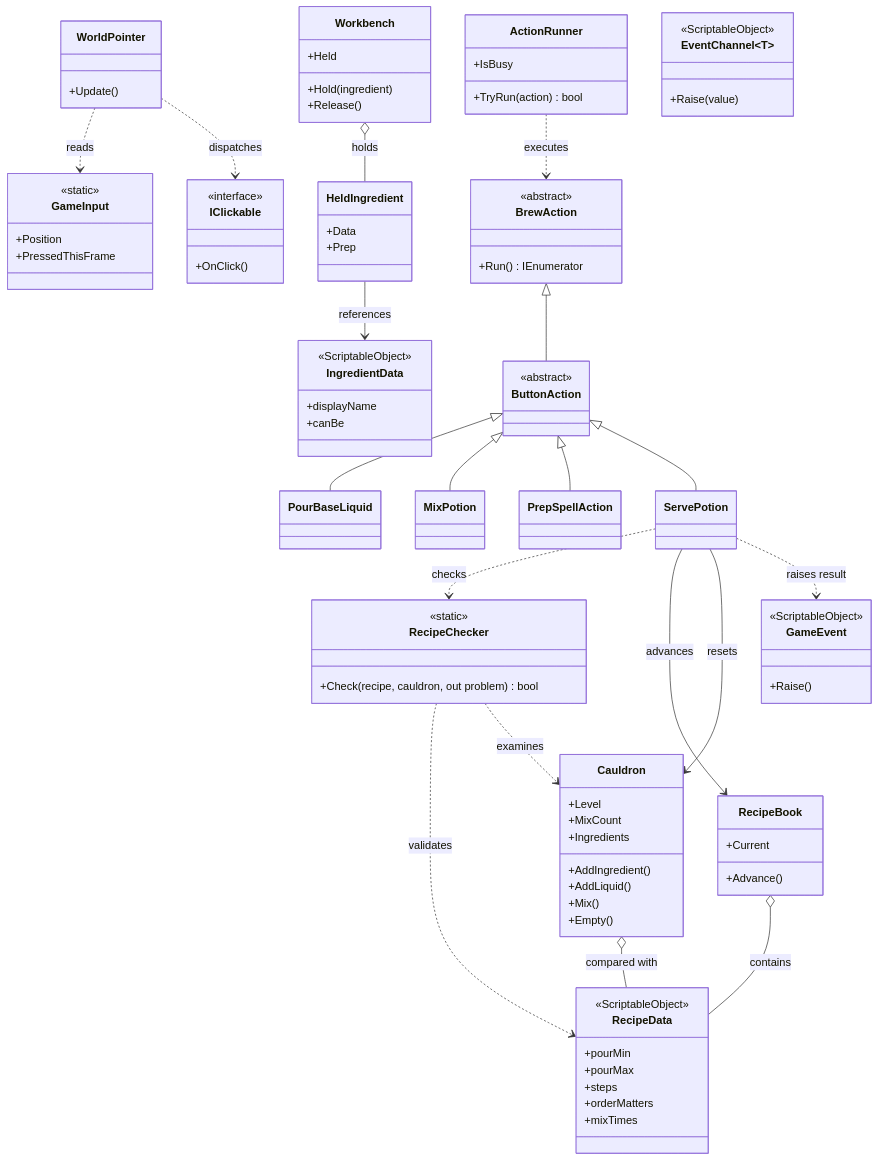
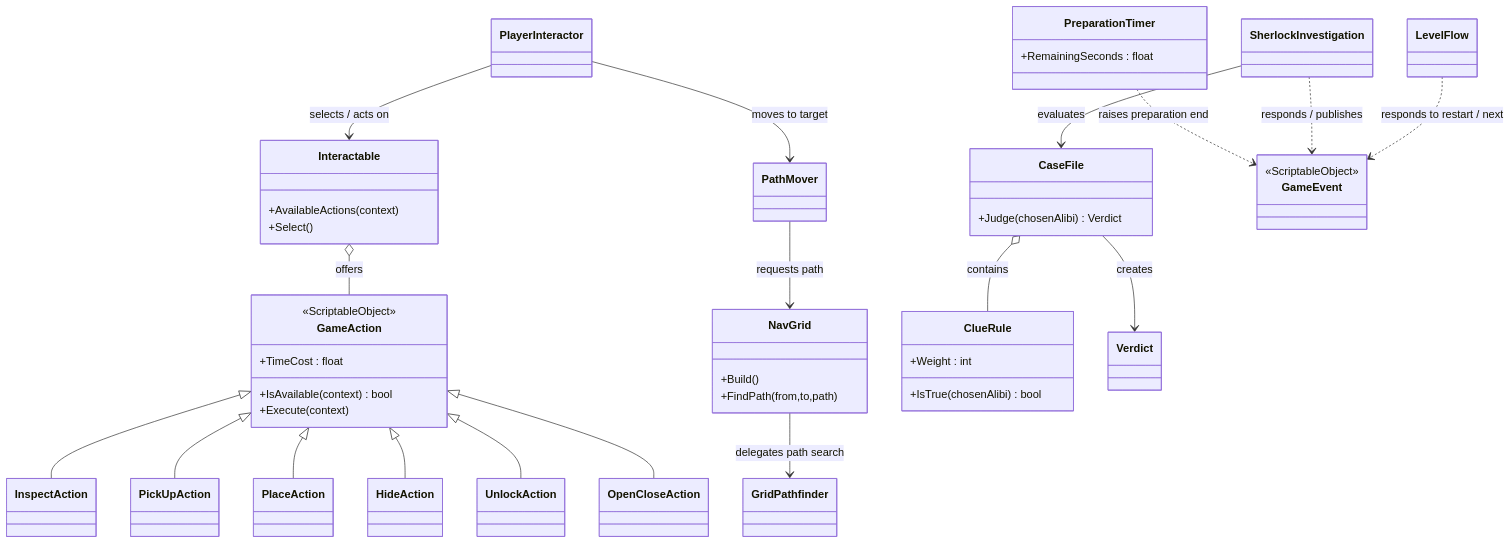
One commit to Gamedev-HW/The-Alchemists-Missing-Pages changed the diagram in Game_README.md. Above: the diagram before and after it, drawn with Mermaid. The commit also changed other lines of this file, not shown here.

````diff
--- a/Game_README.md
+++ b/Game_README.md
@@ -131,96 +107,61 @@
 ```mermaid
 classDiagram
-    class GameInput {
-        <<static>>
-        +Position
-        +PressedThisFrame
+    class GameAction {
+      <<ScriptableObject>>
+      +TimeCost : float
+      +IsAvailable(context) bool
+      +Execute(context)
     }
-    class WorldPointer {
-        +Update()
+    class InspectAction
+    class PickUpAction
+    class PlaceAction
+    class HideAction
+    class UnlockAction
+    class OpenCloseAction
+    GameAction <|-- InspectAction
+    GameAction <|-- PickUpAction
+    GameAction <|-- PlaceAction
+    GameAction <|-- HideAction
+    GameAction <|-- UnlockAction
+    GameAction <|-- OpenCloseAction
+
+    class Interactable {
+      +AvailableActions(context)
+      +Select()
     }
-    class IClickable {
-        <<interface>>
-        +OnClick()
+    class PlayerInteractor
+    class PreparationTimer {
+      +RemainingSeconds : float
     }
-    class Workbench {
-        +Held
-        +Hold(ingredient)
-        +Release()
+    class NavGrid {
+      +Build()
+      +FindPath(from,to,path)
     }
-    class HeldIngredient {
-        +Data
-        +Prep
+    class GridPathfinder
+    class PathMover
+    class CaseFile {
+      +Judge(chosenAlibi) Verdict
     }
-    class IngredientData {
-        <<ScriptableObject>>
-        +displayName
-        +canBe
+    class ClueRule {
+      +IsTrue(chosenAlibi) bool
+      +Weight : int
     }
-    class Cauldron {
-        +Level
-        +MixCount
-        +Ingredients
-        +AddIngredient()
-        +AddLiquid()
-        +Mix()
-        +Empty()
-    }
-    class RecipeData {
-        <<ScriptableObject>>
-        +pourMin
-        +pourMax
-        +steps
-        +orderMatters
-        +mixTimes
-    }
-    class RecipeBook {
-        +Current
-        +Advance()
-    }
-    class RecipeChecker {
-        <<static>>
-        +Check(recipe, cauldron, out problem) bool
-    }
-    class BrewAction {
-        <<abstract>>
-        +Run() IEnumerator
-    }
-    class ButtonAction {
-        <<abstract>>
-    }
-    class ActionRunner {
-        +TryRun(action) bool
-        +IsBusy
-    }
-    class PourBaseLiquid
-    class MixPotion
-    class PrepSpellAction
-    class ServePotion
+    class SherlockInvestigation
+    class Verdict
+    class LevelFlow
     class GameEvent {
-        <<ScriptableObject>>
-        +Raise()
-    }
-    class EventChannel~T~ {
-        <<ScriptableObject>>
-        +Raise(value)
+      <<ScriptableObject>>
     }
 
-    WorldPointer ..> GameInput : reads
-    WorldPointer ..> IClickable : dispatches
-    Workbench o-- HeldIngredient : holds
-    HeldIngredient --> IngredientData : references
-    Cauldron o-- RecipeData : compared with
-    RecipeBook o-- RecipeData : contains
-    RecipeChecker ..> RecipeData : validates
-    RecipeChecker ..> Cauldron : examines
-    BrewAction <|-- ButtonAction
-    ButtonAction <|-- PourBaseLiquid
-    ButtonAction <|-- MixPotion
-    ButtonAction <|-- PrepSpellAction
-    ButtonAction <|-- ServePotion
-    ActionRunner ..> BrewAction : executes
-    ServePotion ..> RecipeChecker : checks
-    ServePotion --> RecipeBook : advances
-    ServePotion --> Cauldron : resets
-    ServePotion ..> GameEvent : raises result
+    Interactable o-- GameAction : offers
+    PlayerInteractor --> Interactable : selects / acts on
+    PlayerInteractor --> PathMover : moves to target
+    PathMover --> NavGrid : requests path
+    NavGrid --> GridPathfinder : delegates path search
+    PreparationTimer ..> GameEvent : raises preparation end
+    SherlockInvestigation --> CaseFile : evaluates
+    CaseFile o-- ClueRule : contains
+    CaseFile --> Verdict : creates
+    SherlockInvestigation ..> GameEvent : responds / publishes
+    LevelFlow ..> GameEvent : responds to restart / next
 ```
````
